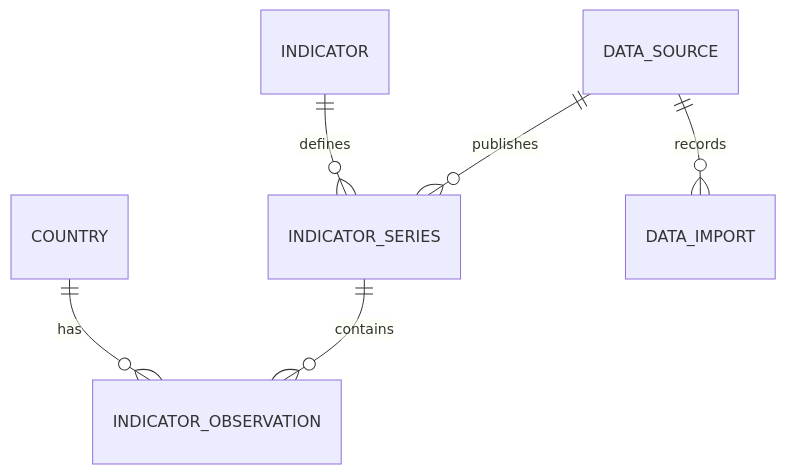
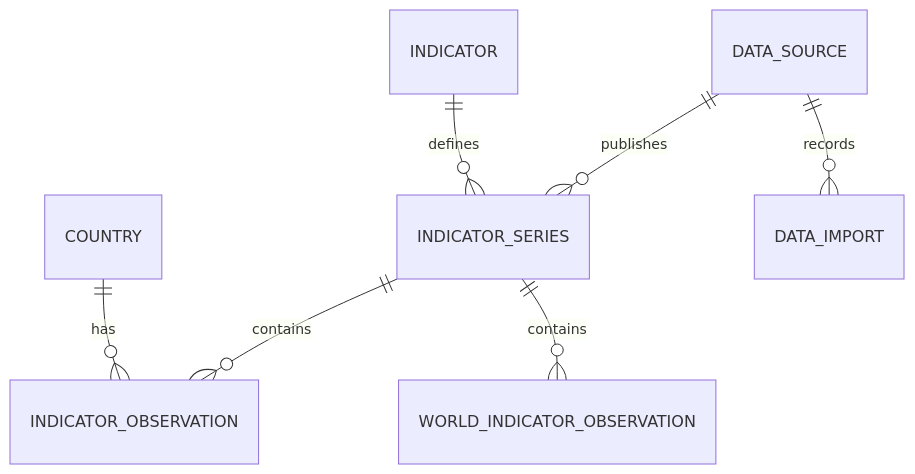
The diagram in docs/data-model.md (lngabriel/atlasglobal), drawn with Mermaid before and after one commit. The commit also changed other lines of this file and 5 other files, not shown here.

````diff
--- a/docs/data-model.md
+++ b/docs/data-model.md
@@ -5,8 +5,9 @@
 ```mermaid
 erDiagram
     COUNTRY ||--o{ INDICATOR_OBSERVATION : has
     INDICATOR ||--o{ INDICATOR_SERIES : defines
     DATA_SOURCE ||--o{ INDICATOR_SERIES : publishes
     INDICATOR_SERIES ||--o{ INDICATOR_OBSERVATION : contains
+    INDICATOR_SERIES ||--o{ WORLD_INDICATOR_OBSERVATION : contains
     DATA_SOURCE ||--o{ DATA_IMPORT : records
 ```
````
